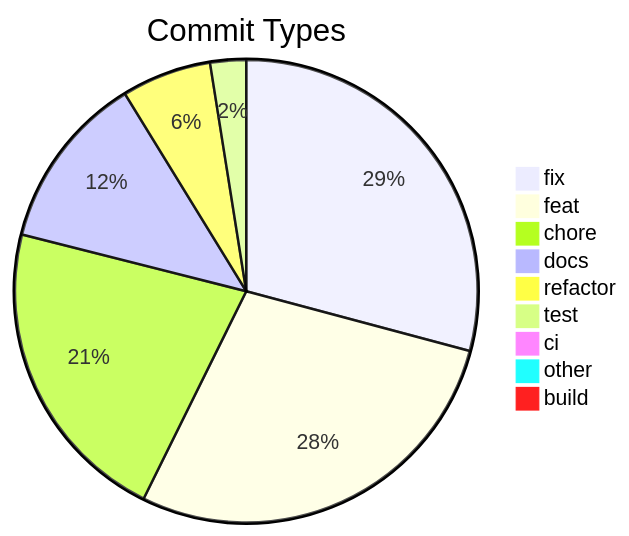
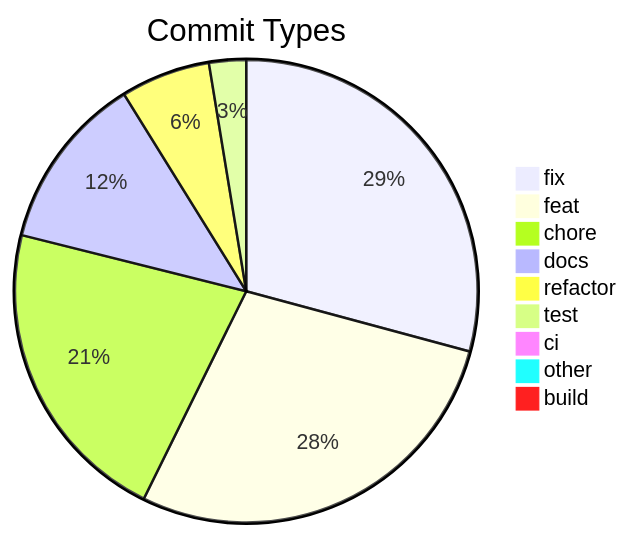
The diagram in .shipwright/compliance/change-history.md (svenroth-ai/shipwright), drawn with Mermaid before and after one commit. The commit also changed other lines of this file and 6 other files, not shown here.

````diff
--- a/.shipwright/compliance/change-history.md
+++ b/.shipwright/compliance/change-history.md
@@ -10,12 +10,12 @@
 ```mermaid
 pie title Commit Types
-    "fix" : 349
+    "fix" : 350
     "feat" : 337
     "chore" : 259
     "docs" : 147
     "refactor" : 75
-    "test" : 30
+    "test" : 31
     "ci" : 11
     "other" : 9
     "build" : 1
 ```
````
